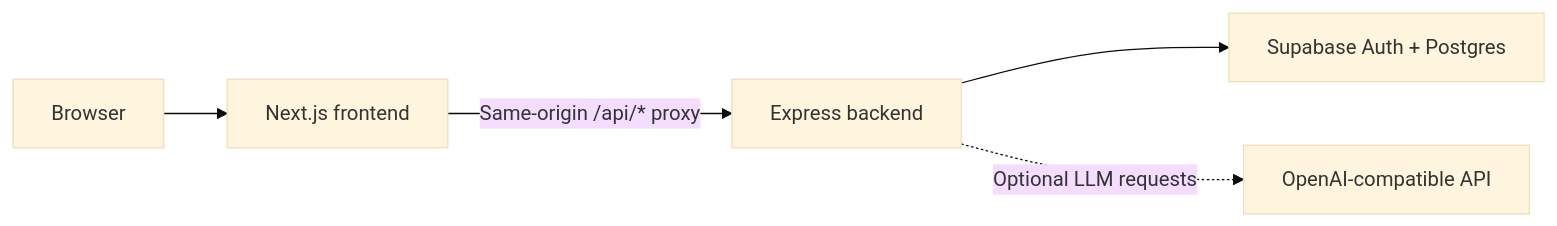
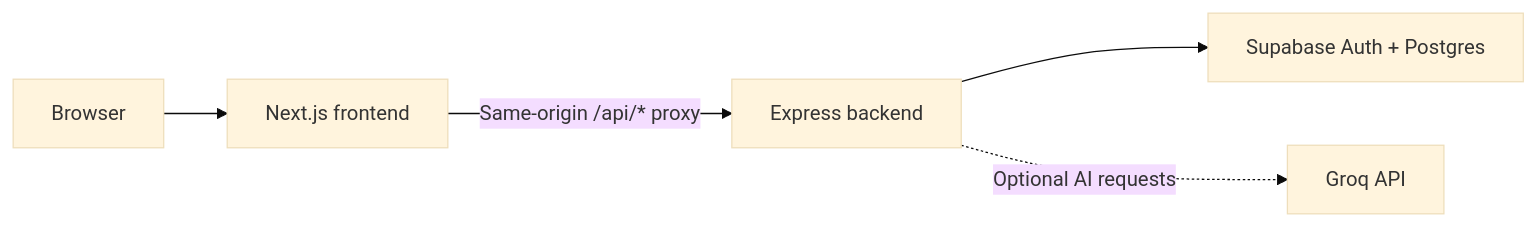
One commit to Gautam5514/fanos changed the diagram in README.md. Above: the diagram before and after it, drawn with Mermaid (base theme). The commit also changed other lines of this file and 53 other files, not shown here.

````diff
--- a/README.md
+++ b/README.md
@@ -167,7 +170,7 @@
 ```mermaid
 flowchart LR
     Browser[Browser] --> UI[Next.js frontend]
     UI -->|Same-origin /api/* proxy| API[Express backend]
     API --> DB[Supabase Auth + Postgres]
-    API -. Optional LLM requests .-> LLM[OpenAI-compatible API]
+    API -. Optional AI requests .-> LLM[Groq API]
 ```
````
